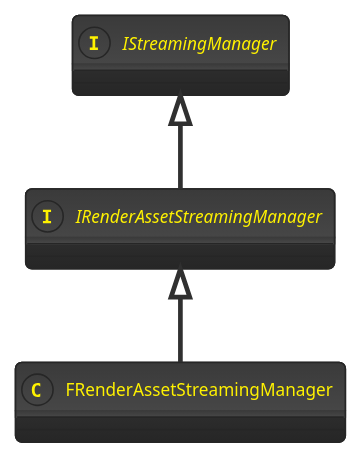
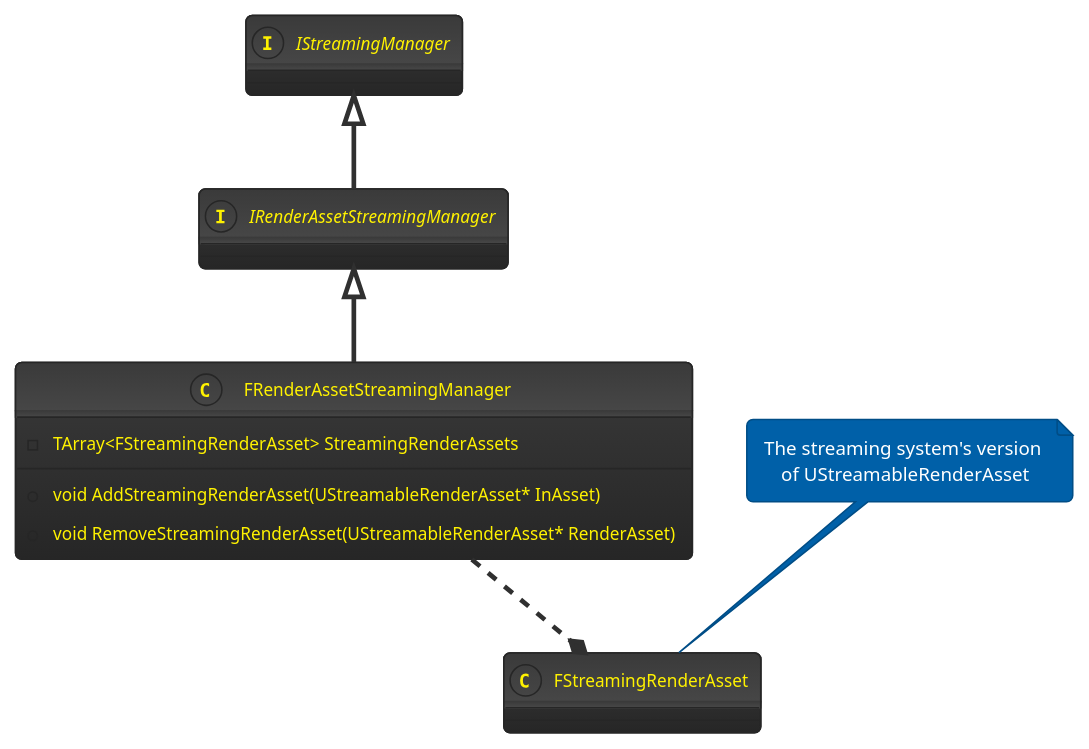
One commit to yuanlin2008/Notes changed the first of 2 diagrams in ContentStreaming.md. Above: the diagram before and after it, drawn with PlantUML. The commit also changed other lines of this file and 1 other file, not shown here.

````diff
--- a/ContentStreaming.md
+++ b/ContentStreaming.md
@@ -2,11 +1,18 @@
 ```puml
 !theme black-knight
 
 interface IStreamingManager
 interface IRenderAssetStreamingManager
-class FRenderAssetStreamingManager
+class FRenderAssetStreamingManager {
+    +void AddStreamingRenderAsset(UStreamableRenderAsset* InAsset)
+    +void RemoveStreamingRenderAsset(UStreamableRenderAsset* RenderAsset)
+    -TArray<FStreamingRenderAsset> StreamingRenderAssets
+}
+class FStreamingRenderAsset
+note top:The streaming system's version\n of UStreamableRenderAsset
 
 IStreamingManager<|--IRenderAssetStreamingManager
 IRenderAssetStreamingManager<|--FRenderAssetStreamingManager
+FRenderAssetStreamingManager..*FStreamingRenderAsset
 
 ```
````
